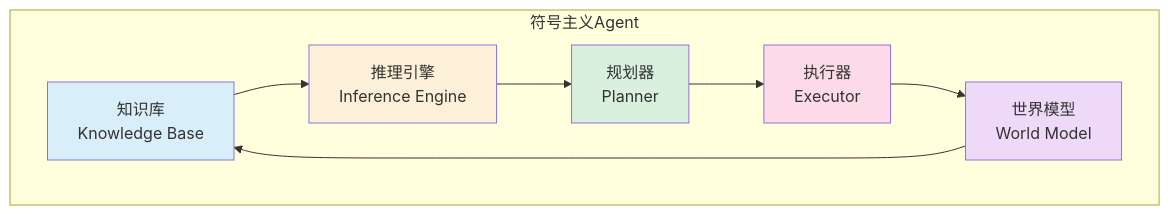
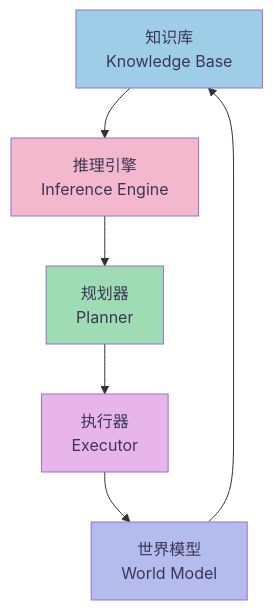
One commit to caoping0623/caoping0623.github.io changed the second of 12 diagrams in _posts/2026-04-15-ai-agent.md. Above: the diagram before and after it, drawn with Mermaid. The commit also changed other lines of this file, not shown here.

First line of the commit message:
fix: remove subgraph backgrounds, add rounded corners, replace mindmap with XMind-style graph

```diff
--- a/_posts/2026-04-15-ai-agent.md
+++ b/_posts/2026-04-15-ai-agent.md
@@ -82,15 +82,14 @@
 <div class="mermaid">
 graph TB
-    subgraph 符号主义Agent
-        KB[知识库<br/>Knowledge Base] --> IE[推理引擎<br/>Inference Engine]
-        IE --> P[规划器<br/>Planner]
-        P --> E[执行器<br/>Executor]
-        E --> W[世界模型<br/>World Model]
-        W --> KB
-    end
-    style KB fill:#d8eef8
-    style IE fill:#fdf0d8
-    style P fill:#d8f0dc
-    style E fill:#fddae8
-    style W fill:#eedaf8
+    KB[知识库<br/>Knowledge Base] --> IE[推理引擎<br/>Inference Engine]
+    IE --> P[规划器<br/>Planner]
+    P --> E[执行器<br/>Executor]
+    E --> W[世界模型<br/>World Model]
+    W --> KB
+
+    style KB fill:#9ecde8,color:#3d3556
+    style IE fill:#f4b8cc,color:#3d3556
+    style P fill:#9edcb4,color:#3d3556
+    style E fill:#e8b5e8,color:#3d3556
+    style W fill:#b4bcee,color:#3d3556
 </div>
```
